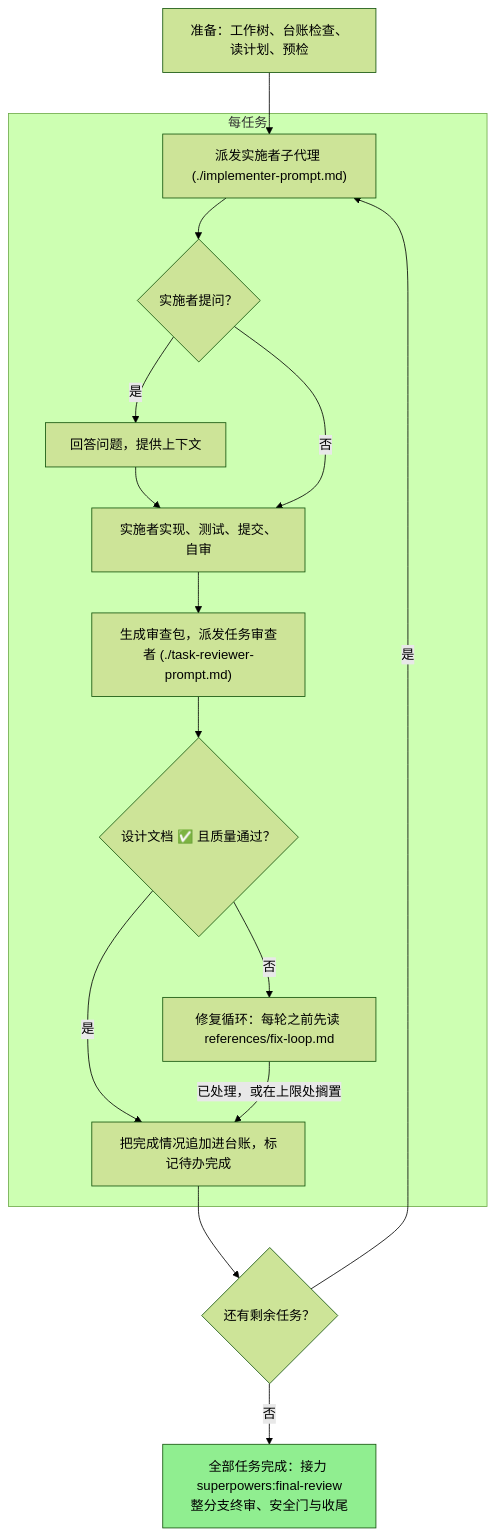
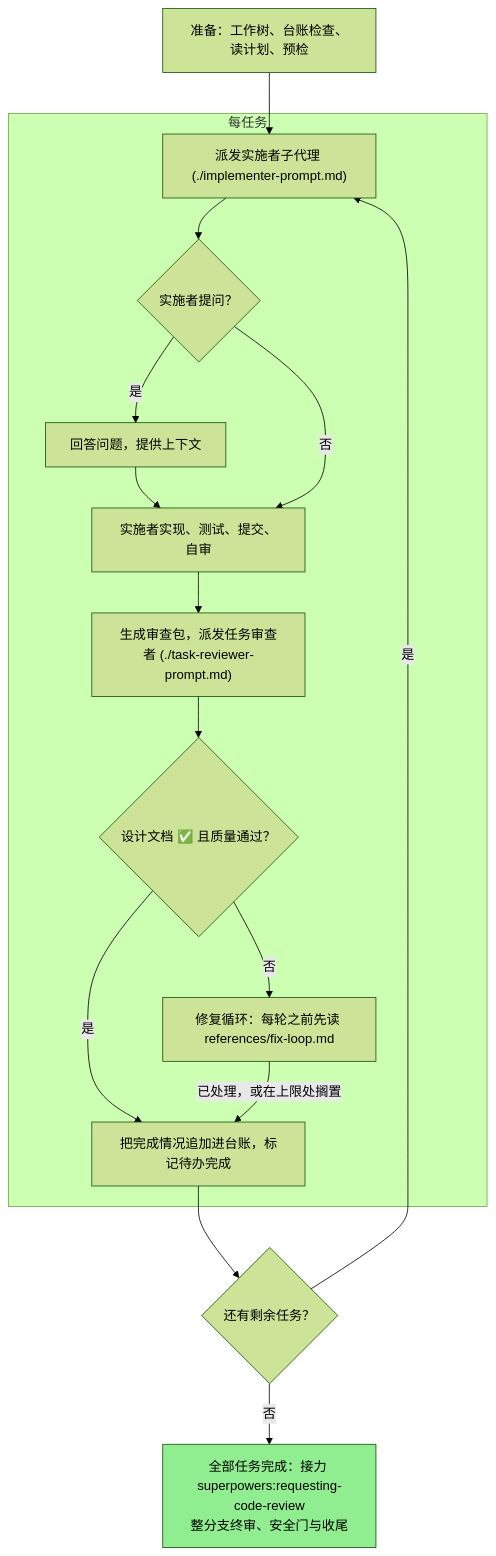
Before and after one commit to chuxiao/superpowers: the second of 2 diagrams in skills/subagent-driven-development/SKILL.md, drawn with Mermaid (forest theme). The commit also changed other lines of this file and 18 other files, not shown here.

First line of the commit message:
技能改名 requesting-code-review 并收录设计与计划文档

````diff
--- a/skills/subagent-driven-development/SKILL.md
+++ b/skills/subagent-driven-development/SKILL.md
@@ -49,32 +49,32 @@
 ```mermaid
 flowchart TD
     prep["准备：工作树、台账检查、读计划、预检"]
     tasks_remaining{"还有剩余任务？"}
-    final_handoff["全部任务完成：接力 superpowers:final-review<br/>整分支终审、安全门与收尾"]
+    final_handoff["全部任务完成：接力 superpowers:requesting-code-review<br/>整分支终审、安全门与收尾"]
 
     subgraph per_task["每任务"]
         dispatch_implementer["派发实施者子代理 (./implementer-prompt.md)"]
         implementer_asks{"实施者提问？"}
         answer_questions["回答问题，提供上下文"]
         implement_and_selfreview["实施者实现、测试、提交、自审"]
         dispatch_reviewer["生成审查包，派发任务审查者 (./task-reviewer-prompt.md)"]
         review_passed{"设计文档 ✅ 且质量通过？"}
         fix_loop["修复循环：每轮之前先读 references/fix-loop.md"]
         update_ledger["把完成情况追加进台账，标记待办完成"]
     end
 
     prep --> dispatch_implementer
     dispatch_implementer --> implementer_asks
     implementer_asks -->|是| answer_questions
     answer_questions --> implement_and_selfreview
     implementer_asks -->|否| implement_and_selfreview
     implement_and_selfreview --> dispatch_reviewer
     dispatch_reviewer --> review_passed
     review_passed -->|是| update_ledger
     review_passed -->|否| fix_loop
     fix_loop -->|已处理，或在上限处搁置| update_ledger
     update_ledger --> tasks_remaining
     tasks_remaining -->|是| dispatch_implementer
     tasks_remaining -->|否| final_handoff
     style final_handoff fill:#90ee90
 ```
````
